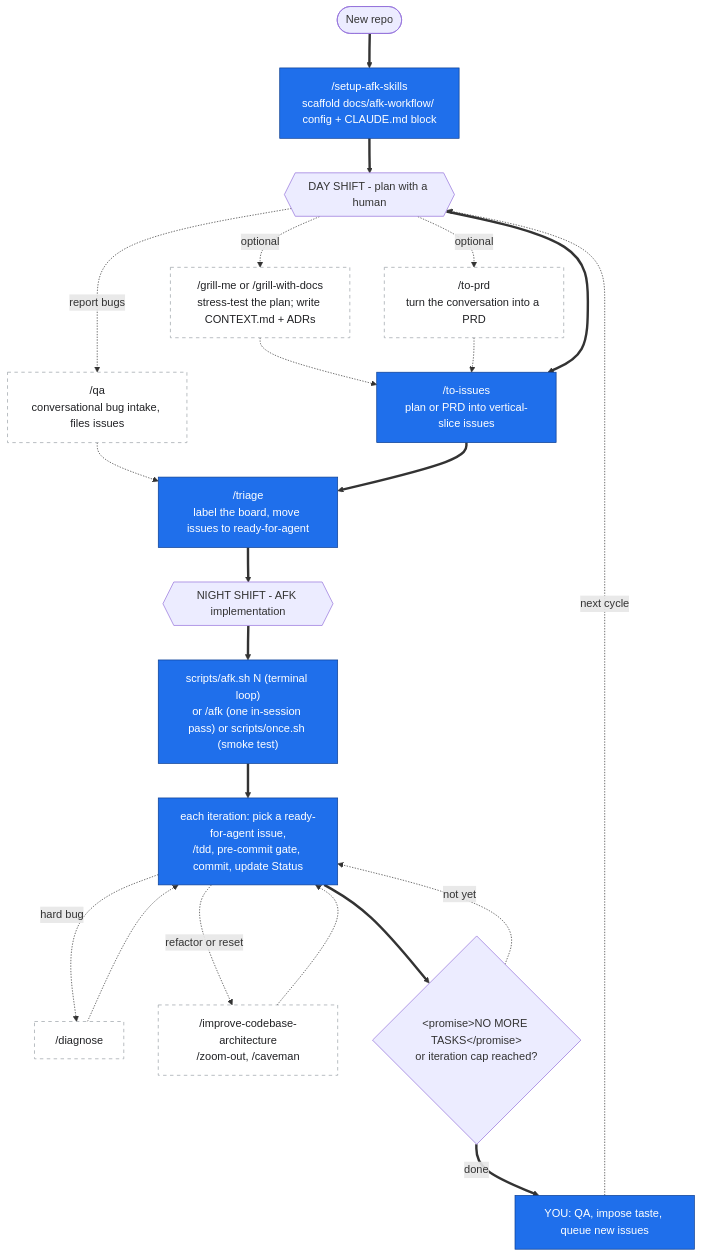
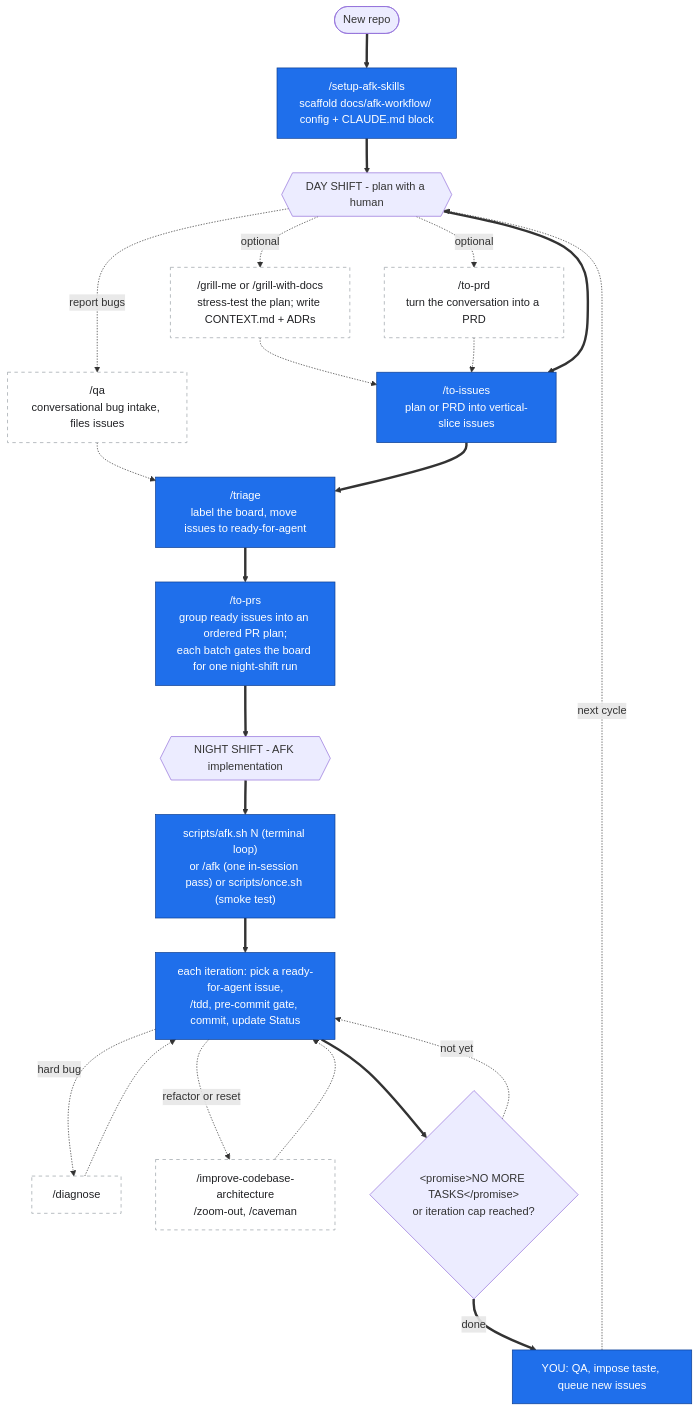
The diagram in README.md (jspicher/afk-workflow), drawn with Mermaid before and after one commit. The commit also changed other lines of this file and 5 other files, not shown here.

````diff
--- a/README.md
+++ b/README.md
@@ -26,32 +26,33 @@
 ```mermaid
 flowchart TD
     A([New repo]) ==> B["/setup-afk-skills<br/>scaffold docs/afk-workflow/ config + CLAUDE.md block"]
 
     B ==> C{{"DAY SHIFT - plan with a human"}}
 
     C -. optional .-> D["/grill-me or /grill-with-docs<br/>stress-test the plan; write CONTEXT.md + ADRs"]
     C -. optional .-> E["/to-prd<br/>turn the conversation into a PRD"]
     C -. report bugs .-> F["/qa<br/>conversational bug intake, files issues"]
     D -.-> G
     E -.-> G
     C ==> G["/to-issues<br/>plan or PRD into vertical-slice issues"]
     F -.-> H
     G ==> H["/triage<br/>label the board, move issues to ready-for-agent"]
 
-    H ==> I{{"NIGHT SHIFT - AFK implementation"}}
+    H ==> PR["/to-prs<br/>group ready issues into an ordered PR plan;<br/>each batch gates the board for one night-shift run"]
+    PR ==> I{{"NIGHT SHIFT - AFK implementation"}}
     I ==> J["scripts/afk.sh N (terminal loop)<br/>or /afk (one in-session pass) or scripts/once.sh (smoke test)"]
     J ==> K["each iteration: pick a ready-for-agent issue,<br/>/tdd, pre-commit gate, commit, update Status"]
     K -. hard bug .-> L["/diagnose"]
     K -. refactor or reset .-> M["/improve-codebase-architecture<br/>/zoom-out, /caveman"]
     L -.-> K
     M -.-> K
     K ==> N{"&lt;promise&gt;NO MORE TASKS&lt;/promise&gt;<br/>or iteration cap reached?"}
     N -. not yet .-> K
     N == done ==> O["YOU: QA, impose taste, queue new issues"]
     O -. next cycle .-> C
 
     classDef req fill:#1f6feb,stroke:#0b3d91,color:#ffffff;
     classDef opt fill:#ffffff,stroke:#9aa0a6,stroke-dasharray:5 5,color:#202124;
-    class B,G,H,J,K,O req;
+    class B,G,H,PR,J,K,O req;
     class D,E,F,L,M opt;
 ```
````
